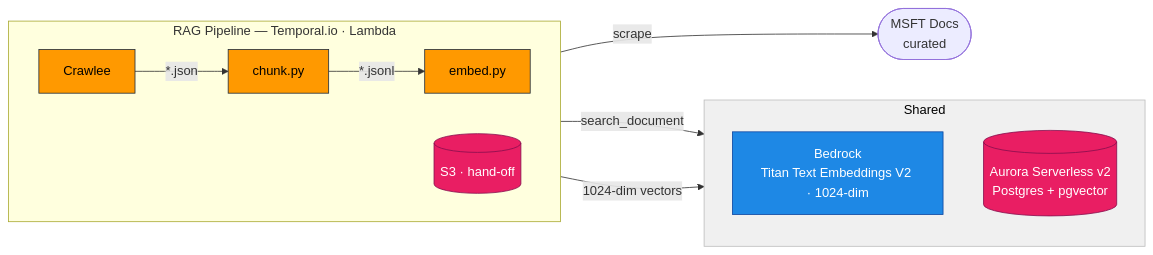
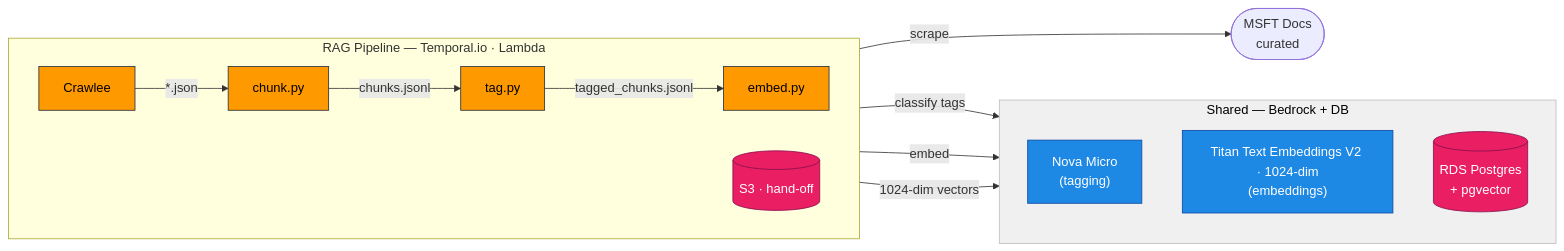
One commit to julie-ng/aks-architect-ai changed the first of 2 diagrams in docs/diagrams/deployment-aws-vercel.md. Above: the diagram before and after it, drawn with Mermaid. The commit also changed other lines of this file, not shown here.

Commit message:
docs(diagrams): update aws solution architecture

````diff
--- a/docs/diagrams/deployment-aws-vercel.md
+++ b/docs/diagrams/deployment-aws-vercel.md
@@ -13,28 +13,30 @@
 ```mermaid
 flowchart LR
   msft([MSFT Docs<br/>curated])
 
   subgraph pipeline["RAG Pipeline — Temporal.io · Lambda"]
     direction LR
-    crawl["Crawlee"] -->|"*.json"| chunk["chunk.py"] -->|"*.jsonl"| embed["embed.py"]
+    crawl["Crawlee"] -->|"*.json"| chunk["chunk.py"] -->|"chunks.jsonl"| tag["tag.py"] -->|"tagged_chunks.jsonl"| embed["embed.py"]
     s3[("S3 · hand-off")]
   end
 
-  subgraph shared["Shared"]
+  subgraph shared["Shared — Bedrock + DB"]
     direction TB
-    bedrock["Bedrock<br/>Titan Text Embeddings V2 · 1024-dim"]
-    db[("Aurora Serverless v2<br/>Postgres + pgvector")]
+    nova["Nova Micro<br/>(tagging)"]
+    bedrock["Titan Text Embeddings V2 · 1024-dim<br/>(embeddings)"]
+    db[("RDS Postgres<br/>+ pgvector")]
   end
 
   crawl -->|scrape| msft
-  embed -->|"search_document"| bedrock
+  tag -->|"classify tags"| nova
+  embed -->|embed| bedrock
   embed -->|"1024-dim vectors"| db
 
   classDef awsBox fill:#ff9900,color:#000,stroke:#232f3e;
   classDef storageBox fill:#e91e63,color:#fff,stroke:#880e4f;
   classDef aiBox fill:#1e88e5,color:#fff,stroke:#0d47a1;
-  class crawl,chunk,embed awsBox;
+  class crawl,chunk,tag,embed awsBox;
   class s3,db storageBox;
-  class bedrock aiBox;
+  class nova,bedrock aiBox;
   style shared fill:#f0f0f0,stroke:#bdbdbd,color:#000;
 ```
````
